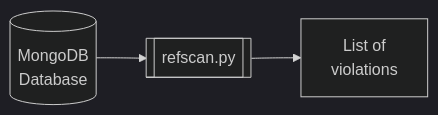
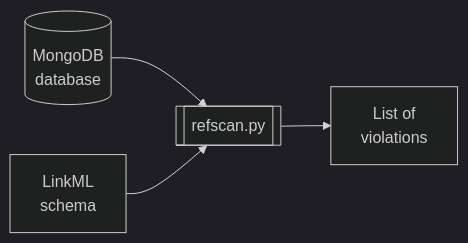
One commit to eecavanna/refscan changed the diagram in README.md. Above: the diagram before and after it, drawn with Mermaid (dark theme). The commit also changed 3 other files, not shown here.

Commit message:
Require user to supply a schema YAML file

````diff
--- a/README.md
+++ b/README.md
@@ -6,10 +6,13 @@
 ```mermaid
 %% This is the source code of a Mermaid diagram, which GitHub will render as a diagram.
 %% Note: PyPI does not render Mermaid diagrams, and instead displays their source code.
 %%       Reference: https://github.com/pypi/warehouse/issues/13083
 graph LR
-    database[(MongoDB<br>Database)]
+    database[(MongoDB<br>database)]
+    schema[LinkML<br>schema]
     script[["refscan.py"]]
-    result["List of<br>violations"]
-    database --> script --> result
+    violations["List of<br>violations"]
+    database --> script
+    schema --> script
+    script --> violations
 ```
````
